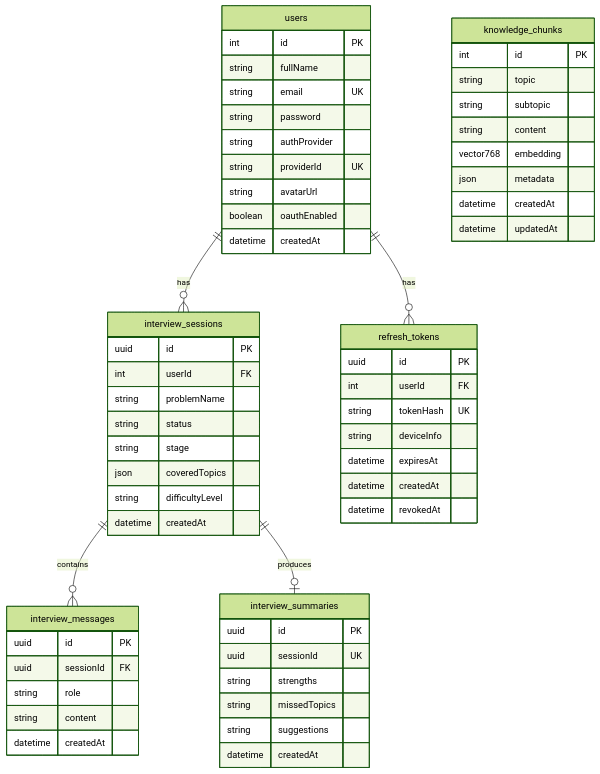
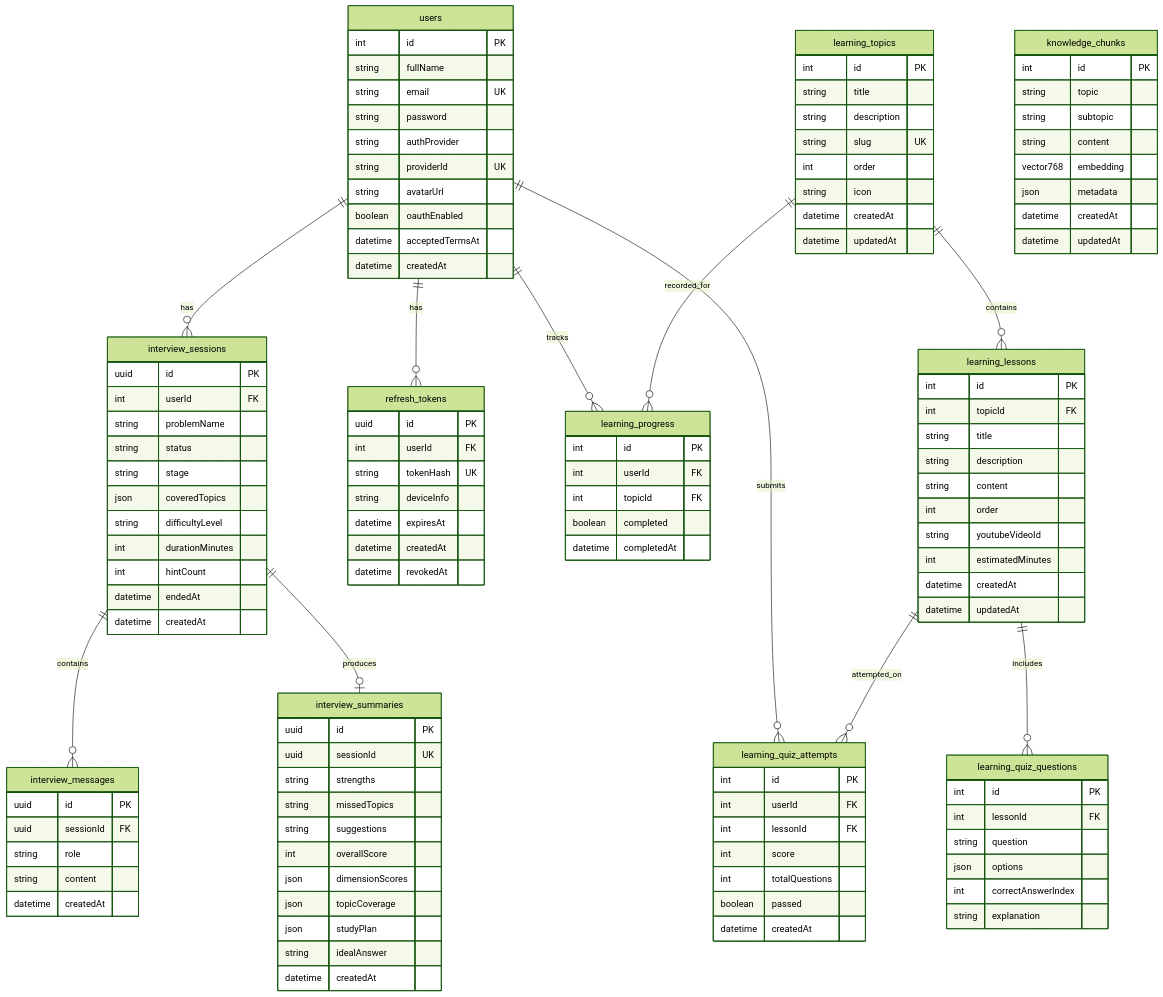
One commit to Priyansh-dabhi/system-design-interview-simulator changed the diagram in README.md. Above: the diagram before and after it, drawn with Mermaid (forest theme). The commit also changed other lines of this file, not shown here.

Commit message:
docs: update README with learning curriculum, TTS audio, and settings architecture

````diff
--- a/README.md
+++ b/README.md
@@ -253,8 +258,14 @@
 erDiagram
     users ||--o{ interview_sessions : has
     users ||--o{ refresh_tokens : has
+    users ||--o{ learning_progress : tracks
+    users ||--o{ learning_quiz_attempts : submits
     interview_sessions ||--o{ interview_messages : contains
     interview_sessions ||--o| interview_summaries : produces
+    learning_topics ||--o{ learning_lessons : contains
+    learning_topics ||--o{ learning_progress : recorded_for
+    learning_lessons ||--o{ learning_quiz_questions : includes
+    learning_lessons ||--o{ learning_quiz_attempts : attempted_on
 
     users {
         int id PK
@@ -265,6 +276,7 @@
         string providerId UK
         string avatarUrl
         boolean oauthEnabled
+        datetime acceptedTermsAt
         datetime createdAt
     }
 
@@ -276,6 +288,9 @@
         string stage
         json coveredTopics
         string difficultyLevel
+        int durationMinutes
+        int hintCount
+        datetime endedAt
         datetime createdAt
     }
 
@@ -293,6 +308,11 @@
         string strengths
         string missedTopics
         string suggestions
+        int overallScore
+        json dimensionScores
+        json topicCoverage
+        json studyPlan
+        string idealAnswer
         datetime createdAt
     }
 
@@ -316,4 +336,55 @@
         datetime createdAt
         datetime revokedAt
     }
+
+    learning_topics {
+        int id PK
+        string title
+        string description
+        string slug UK
+        int order
+        string icon
+        datetime createdAt
+        datetime updatedAt
+    }
+
+    learning_lessons {
+        int id PK
+        int topicId FK
+        string title
+        string description
+        string content
+        int order
+        string youtubeVideoId
+        int estimatedMinutes
+        datetime createdAt
+        datetime updatedAt
+    }
+
+    learning_quiz_questions {
+        int id PK
+        int lessonId FK
+        string question
+        json options
+        int correctAnswerIndex
+        string explanation
+    }
+
+    learning_progress {
+        int id PK
+        int userId FK
+        int topicId FK
+        boolean completed
+        datetime completedAt
+    }
+
+    learning_quiz_attempts {
+        int id PK
+        int userId FK
+        int lessonId FK
+        int score
+        int totalQuestions
+        boolean passed
+        datetime createdAt
+    }
 ```
````
